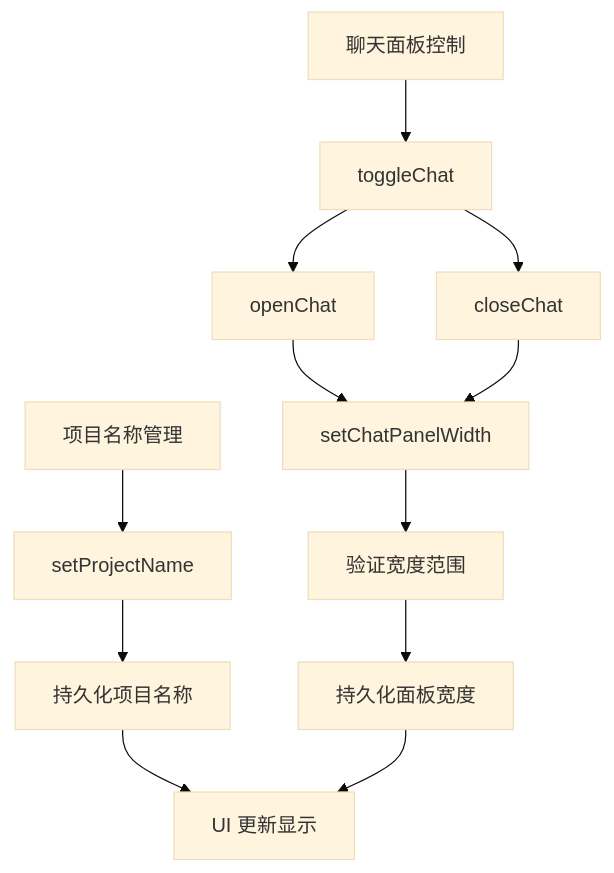
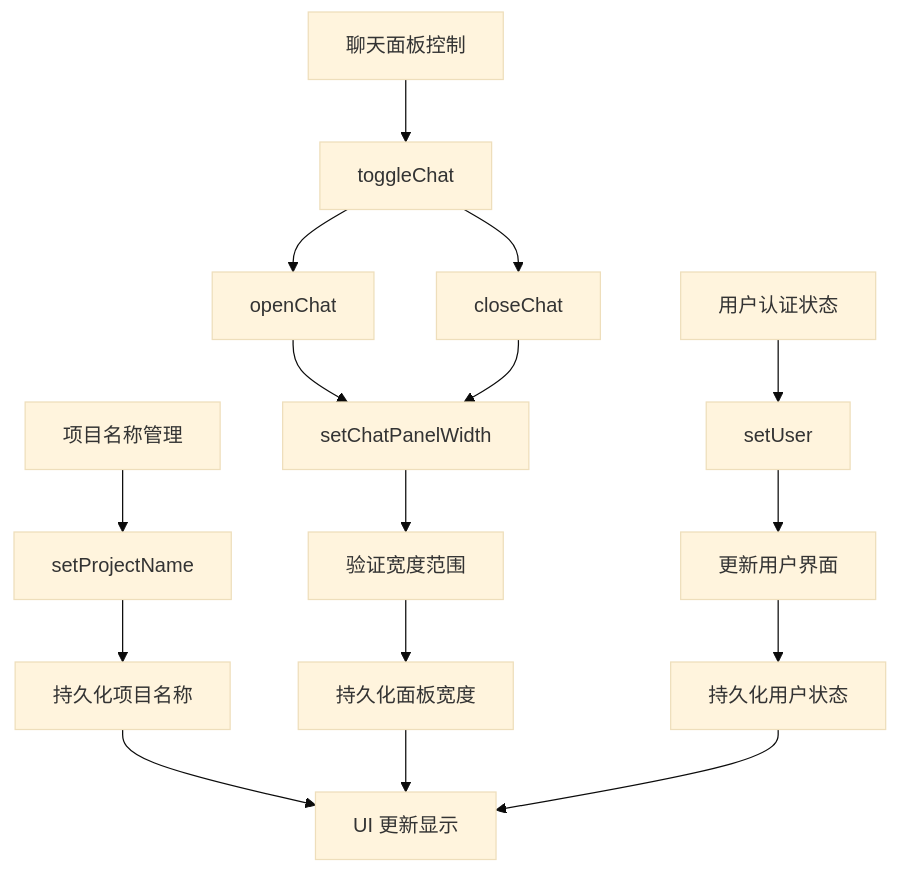
One commit to billye220670/BananaFlow2 changed diagram 13 of 21 in .qoder/repowiki/zh/content/状态管理系统.md. Above: the diagram before and after it, drawn with Mermaid (base theme). The commit also changed other lines of this file and 6 other files, not shown here.

````diff
--- a/.qoder/repowiki/zh/content/状态管理系统.md
+++ b/.qoder/repowiki/zh/content/状态管理系统.md
@@ -426,14 +544,18 @@
 ```mermaid
 flowchart TD
 ProjectName[项目名称管理] --> SetName[setProjectName]
 SetName --> PersistName[持久化项目名称]
 PersistName --> UIUpdate[UI 更新显示]
 ChatPanel[聊天面板控制] --> Toggle[toggleChat]
 Toggle --> Open[openChat]
 Toggle --> Close[closeChat]
 Open --> Resize[setChatPanelWidth]
 Close --> Resize
 Resize --> Validate[验证宽度范围]
 Validate --> PersistWidth[持久化面板宽度]
 PersistWidth --> UIUpdate
+UserAuth[用户认证状态] --> SetUser[setUser]
+SetUser --> UpdateUI[更新用户界面]
+UpdateUI --> PersistUser[持久化用户状态]
+PersistUser --> UIUpdate
 ```
````
